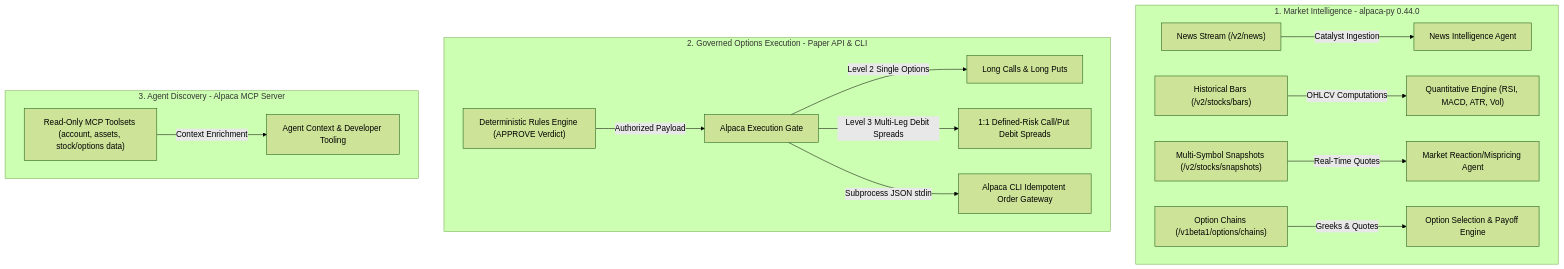
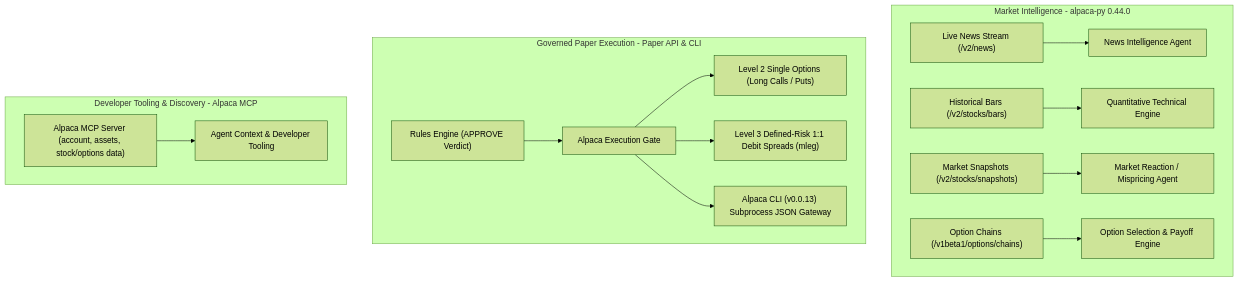
The second of 3 diagrams in README.md (MaChewwwww/PRISM), drawn with Mermaid (forest theme) before and after one commit. The commit also changed other lines of this file and 3 other files, not shown here.

````diff
--- a/README.md
+++ b/README.md
@@ -99,20 +119,20 @@
 ```mermaid
 flowchart TD
-    subgraph MarketData["1. Market Intelligence - alpaca-py 0.44.0"]
-        A1["News Stream (/v2/news)"] -->|Catalyst Ingestion| B1["News Intelligence Agent"]
-        A2["Historical Bars (/v2/stocks/bars)"] -->|OHLCV Computations| B2["Quantitative Engine (RSI, MACD, ATR, Vol)"]
-        A3["Multi-Symbol Snapshots (/v2/stocks/snapshots)"] -->|Real-Time Quotes| B3["Market Reaction/Mispricing Agent"]
-        A4["Option Chains (/v1beta1/options/chains)"] -->|Greeks & Quotes| B4["Option Selection & Payoff Engine"]
+    subgraph S1["Market Intelligence - alpaca-py 0.44.0"]
+        M1["Live News Stream (/v2/news)"] --> A1["News Intelligence Agent"]
+        M2["Historical Bars (/v2/stocks/bars)"] --> A2["Quantitative Technical Engine"]
+        M3["Market Snapshots (/v2/stocks/snapshots)"] --> A3["Market Reaction / Mispricing Agent"]
+        M4["Option Chains (/v1beta1/options/chains)"] --> A4["Option Selection & Payoff Engine"]
     end
 
-    subgraph PaperExecution["2. Governed Options Execution - Paper API & CLI"]
-        C1["Deterministic Rules Engine (APPROVE Verdict)"] -->|Authorized Payload| C2["Alpaca Execution Gate"]
-        C2 -->|Level 2 Single Options| D1["Long Calls & Long Puts"]
-        C2 -->|Level 3 Multi-Leg Debit Spreads| D2["1:1 Defined-Risk Call/Put Debit Spreads"]
-        C2 -->|Subprocess JSON stdin| D3["Alpaca CLI Idempotent Order Gateway"]
+    subgraph S2["Governed Paper Execution - Paper API & CLI"]
+        E1["Rules Engine (APPROVE Verdict)"] --> E2["Alpaca Execution Gate"]
+        E2 --> O1["Level 2 Single Options (Long Calls / Puts)"]
+        E2 --> O2["Level 3 Defined-Risk 1:1 Debit Spreads (mleg)"]
+        E2 --> O3["Alpaca CLI (v0.0.13) Subprocess JSON Gateway"]
     end
 
-    subgraph Exploration["3. Agent Discovery - Alpaca MCP Server"]
-        E1["Read-Only MCP Toolsets (account, assets, stock/options data)"] -->|Context Enrichment| E2["Agent Context & Developer Tooling"]
+    subgraph S3["Developer Tooling & Discovery - Alpaca MCP"]
+        T1["Alpaca MCP Server (account, assets, stock/options data)"] --> T2["Agent Context & Developer Tooling"]
     end
 ```
````
